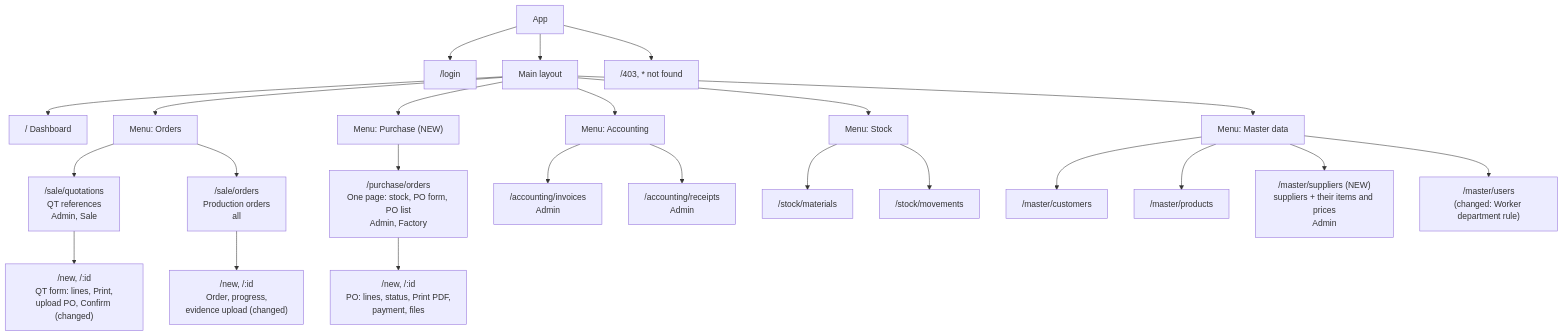
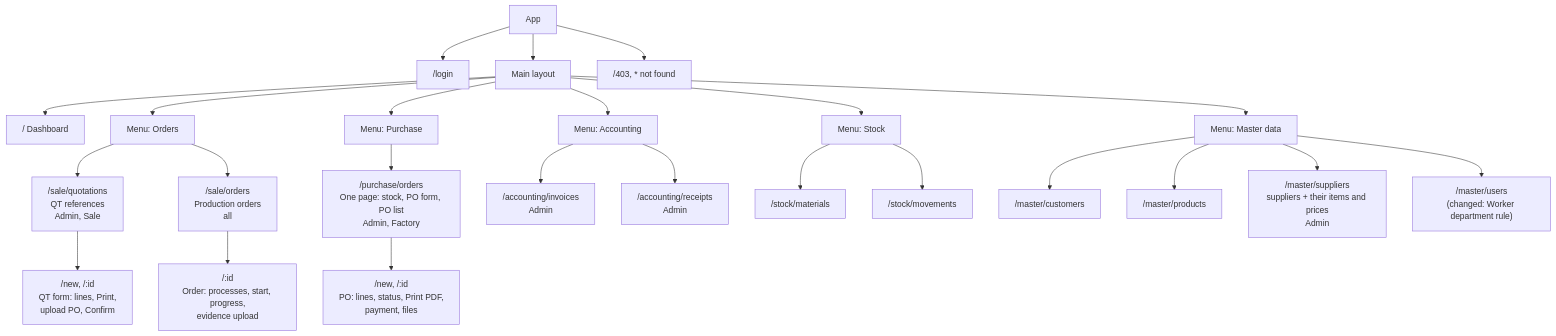
Before and after one commit to Detmon0410/Base_Sample_ERP: the diagram in ProjectdocInfo/Site Map.md, drawn with Mermaid. The commit also changed other lines of this file and 7 other files, not shown here.

Commit message:
Docs: the diagrams are the system as built (Version 2.0), the plan is marked as built, README lists the new folders

````diff
--- a/ProjectdocInfo/Site Map.md
+++ b/ProjectdocInfo/Site Map.md
@@ -76,33 +5,33 @@
 ```mermaid
 flowchart TD
     Root[App] --> Login["/login"]
     Root --> Main[Main layout]
 
     Main --> Dash["/ Dashboard"]
 
     Main --> Orders[Menu: Orders]
     Orders --> QT["/sale/quotations<br/>QT references<br/>Admin, Sale"]
-    QT --> QT1["/new, /:id<br/>QT form: lines, Print,<br/>upload PO, Confirm (changed)"]
+    QT --> QT1["/new, /:id<br/>QT form: lines, Print,<br/>upload PO, Confirm "]
     Orders --> PO["/sale/orders<br/>Production orders<br/>all"]
-    PO --> PO1["/new, /:id<br/>Order, progress,<br/>evidence upload (changed)"]
+    PO --> PO1["/:id<br/>Order: processes, start, progress,<br/>evidence upload"]
 
-    Main --> Pur["Menu: Purchase (NEW)"]
+    Main --> Pur["Menu: Purchase"]
     Pur --> PUR["/purchase/orders<br/>One page: stock, PO form, PO list<br/>Admin, Factory"]
     PUR --> PUR1["/new, /:id<br/>PO: lines, status, Print PDF,<br/>payment, files"]
 
     Main --> Acc[Menu: Accounting]
     Acc --> INV["/accounting/invoices<br/>Admin"]
     Acc --> REC["/accounting/receipts<br/>Admin"]
 
     Main --> Stk[Menu: Stock]
     Stk --> MAT["/stock/materials"]
     Stk --> MOV["/stock/movements"]
 
     Main --> Mst[Menu: Master data]
     Mst --> CUS["/master/customers"]
     Mst --> PRD["/master/products"]
-    Mst --> SUP["/master/suppliers (NEW)<br/>suppliers + their items and prices<br/>Admin"]
+    Mst --> SUP["/master/suppliers<br/>suppliers + their items and prices<br/>Admin"]
     Mst --> USR["/master/users<br/>(changed: Worker department rule)"]
 
     Root --> Sys["/403, * not found"]
 ```
````
